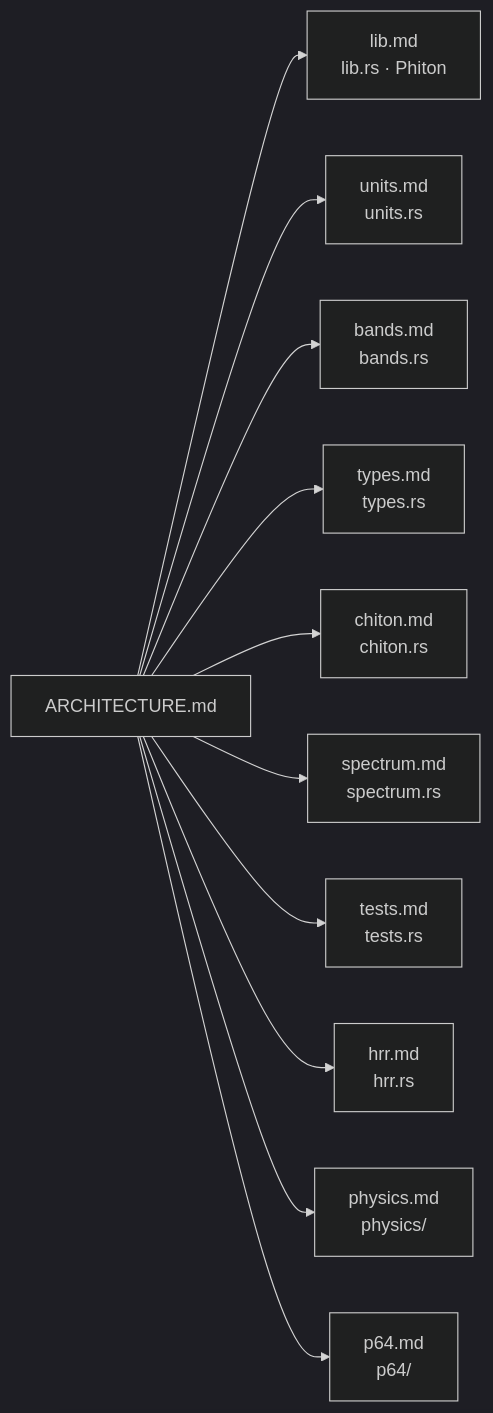
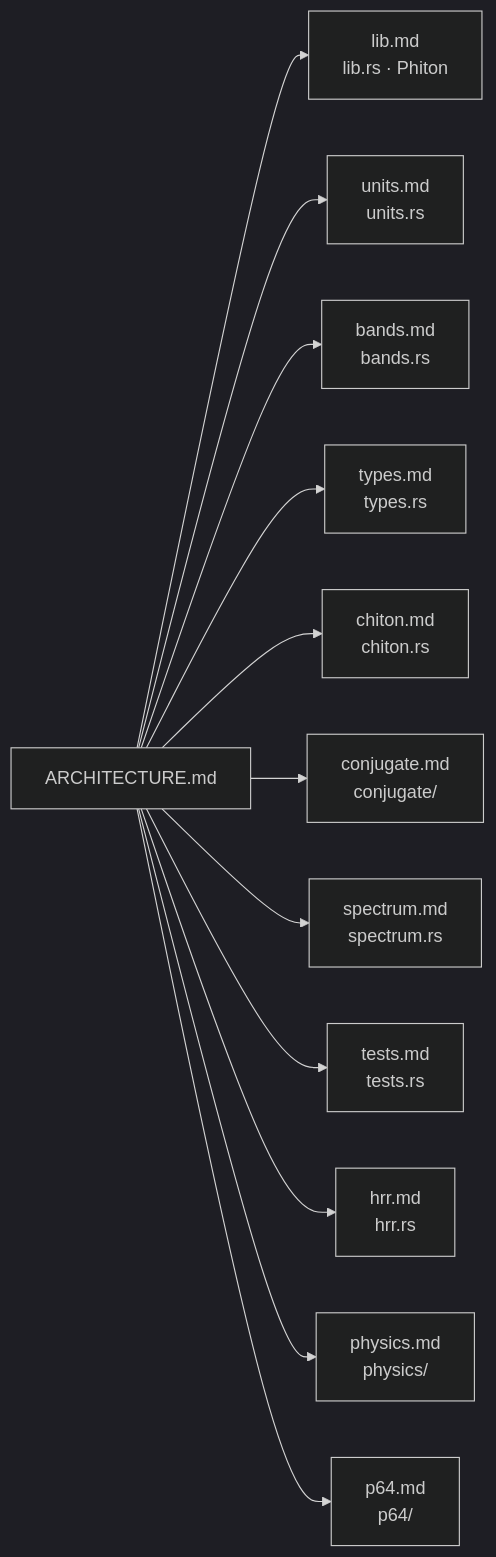
The second of 2 diagrams in crates/phiton/ARCHITECTURE.md (gemphi/phinet), drawn with Mermaid (dark theme) before and after one commit. The commit also changed other lines of this file and 7 other files, not shown here.

````diff
--- a/crates/phiton/ARCHITECTURE.md
+++ b/crates/phiton/ARCHITECTURE.md
@@ -53,13 +56,14 @@
 ```mermaid
 graph LR
     A["ARCHITECTURE.md"] --> L["lib.md<br/>lib.rs · Phiton"]
     A --> U["units.md<br/>units.rs"]
     A --> B["bands.md<br/>bands.rs"]
     A --> T["types.md<br/>types.rs"]
     A --> C["chiton.md<br/>chiton.rs"]
+    A --> CJ["conjugate.md<br/>conjugate/"]
     A --> S["spectrum.md<br/>spectrum.rs"]
     A --> X["tests.md<br/>tests.rs"]
     A --> HR["hrr.md<br/>hrr.rs"]
     A --> PY["physics.md<br/>physics/"]
     A --> P6["p64.md<br/>p64/"]
 ```
````
